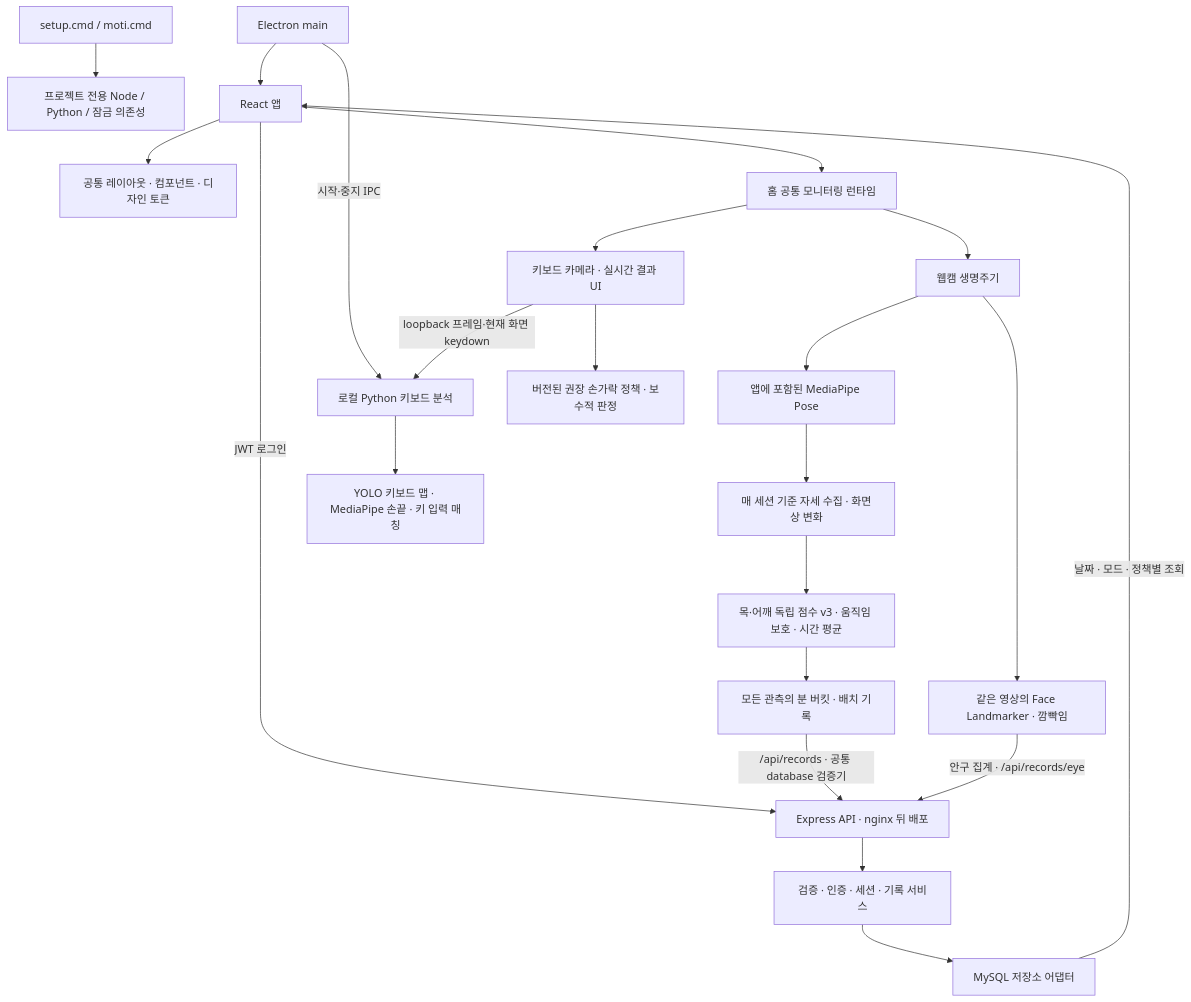
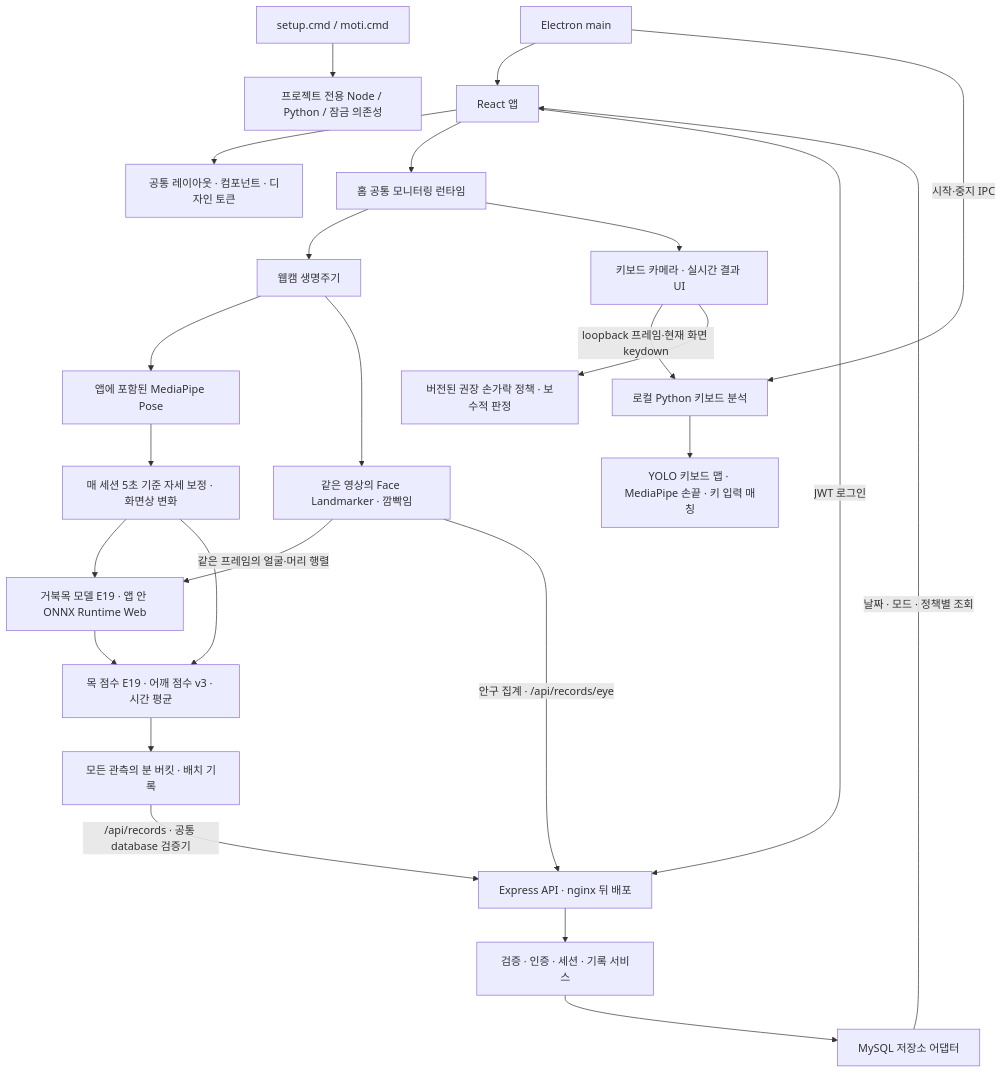
The diagram in docs/architecture.md (Attraaa/Graduation-Project), drawn with Mermaid before and after one commit. The commit also changed other lines of this file and 10 other files, not shown here.

````diff
--- a/docs/architecture.md
+++ b/docs/architecture.md
@@ -7,24 +7,27 @@
 ```mermaid
 flowchart TD
   S[setup.cmd / moti.cmd] --> T[프로젝트 전용 Node / Python / 잠금 의존성]
   E[Electron main] --> R[React 앱]
   E -->|시작·중지 IPC| K[로컬 Python 키보드 분석]
   R --> UI[공통 레이아웃 · 컴포넌트 · 디자인 토큰]
   R --> M[홈 공통 모니터링 런타임]
   M --> W[웹캠 생명주기]
   W --> P[앱에 포함된 MediaPipe Pose]
   W --> EYE[같은 영상의 Face Landmarker · 깜빡임]
-  P --> C[매 세션 기준 자세 수집 · 화면상 변화]
-  C --> V1[목·어깨 독립 점수 v3 · 움직임 보호 · 시간 평균]
+  P --> C[매 세션 5초 기준 자세 보정 · 화면상 변화]
+  EYE -->|같은 프레임의 얼굴·머리 행렬| NM[거북목 모델 E19 · 앱 안 ONNX Runtime Web]
+  C --> NM
+  NM --> V1[목 점수 E19 · 어깨 점수 v3 · 시간 평균]
+  C --> V1
   R -->|JWT 로그인| A[Express API · nginx 뒤 배포]
   V1 --> REC[모든 관측의 분 버킷 · 배치 기록]
   REC -->|/api/records · 공통 database 검증기| A
   EYE -->|안구 집계 · /api/records/eye| A
   A --> V[검증 · 인증 · 세션 · 기록 서비스]
   V --> DB[MySQL 저장소 어댑터]
   DB -->|날짜 · 모드 · 정책별 조회| R
   M --> KM[키보드 카메라 · 실시간 결과 UI]
   KM -->|loopback 프레임·현재 화면 keydown| K
   K --> F[YOLO 키보드 맵 · MediaPipe 손끝 · 키 입력 매칭]
   KM --> FP[버전된 권장 손가락 정책 · 보수적 판정]
 ```
````
